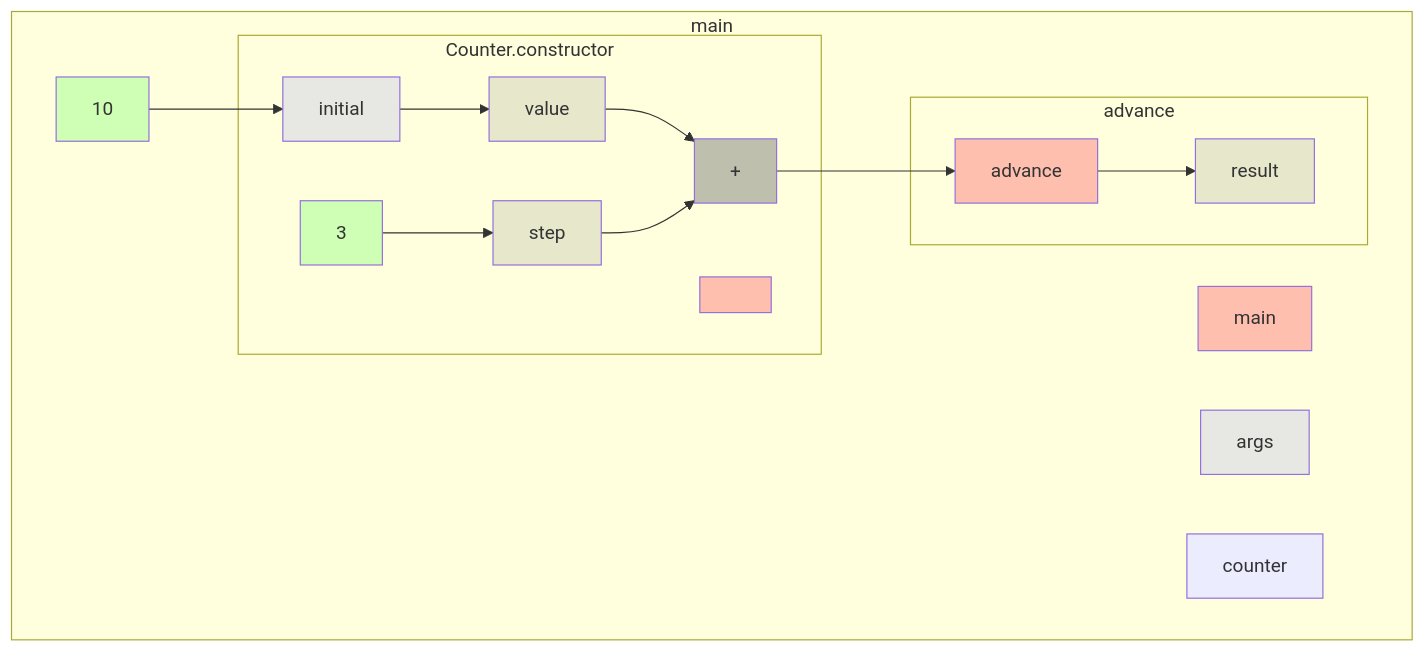
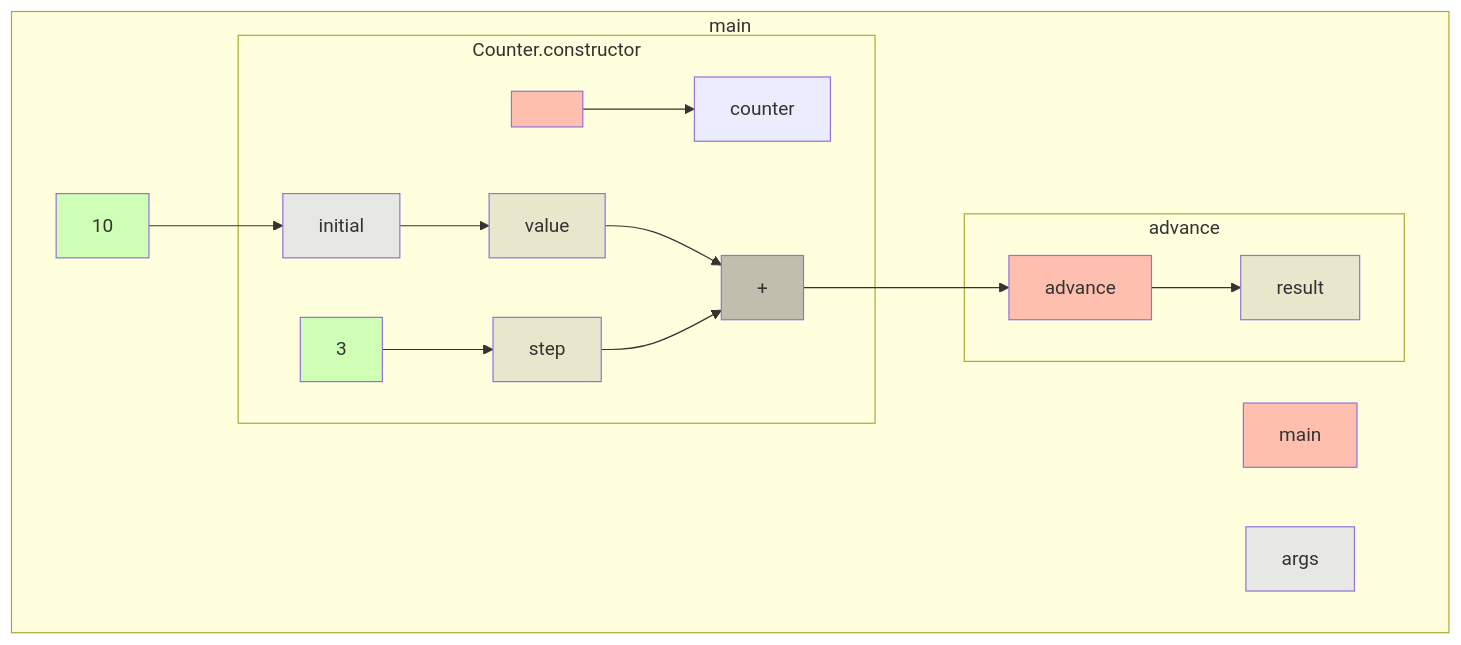
Before and after one commit to gstiebler/codeflow: the diagram in app/src/test/resources/implicitThis/truth.md, drawn with Mermaid. The commit also changed 57 other files, not shown here.

````diff
--- a/app/src/test/resources/implicitThis/truth.md
+++ b/app/src/test/resources/implicitThis/truth.md
@@ -1,34 +1,35 @@
 ```mermaid
 flowchart TD
   subgraph b0["main"]
     n1[main]:::RETURN
     n2[args]:::FUNC_PARAM
     n3[counter]:::OBJ_VARIABLE
-    n7[10]:::LITERAL
+    n4[10]:::LITERAL
     n11[result]:::VARIABLE
-    n7[10]:::LITERAL --> n6[initial]:::FUNC_PARAM
-    subgraph b4["Counter.constructor"]
-      n5[<init>]:::RETURN
-      n6[initial]:::FUNC_PARAM
+    n4[10]:::LITERAL --> n7[initial]:::FUNC_PARAM
+    subgraph b5["Counter.constructor"]
+      n6[<init>]:::RETURN
+      n7[initial]:::FUNC_PARAM
       n8[value]:::VARIABLE
       n9[step]:::VARIABLE
       n10[3]:::LITERAL
-      n6[initial]:::FUNC_PARAM --> n8[value]:::VARIABLE
+      n6[<init>]:::RETURN --> n3[counter]:::OBJ_VARIABLE
+      n7[initial]:::FUNC_PARAM --> n8[value]:::VARIABLE
       n8[value]:::VARIABLE --> n14[+]:::BIN_OP
       n9[step]:::VARIABLE --> n14[+]:::BIN_OP
       n10[3]:::LITERAL --> n9[step]:::VARIABLE
     end
     subgraph b12["advance"]
       n13[advance]:::RETURN
       n14[+]:::BIN_OP
       n13[advance]:::RETURN --> n11[result]:::VARIABLE
       n14[+]:::BIN_OP --> n13[advance]:::RETURN
     end
   end
   classDef LITERAL fill:#00FF0030
   classDef VARIABLE fill:#80808030
   classDef BIN_OP fill:#80808080
   classDef FUNC_PARAM fill:#8080FF30
   classDef RETURN fill:#FF808080
   classDef EXTERNAL fill:#FFA50040
 ```
````
